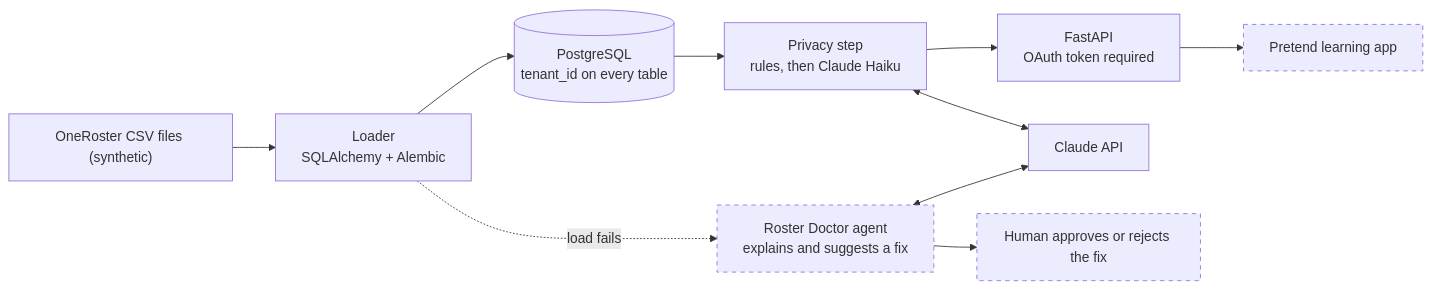
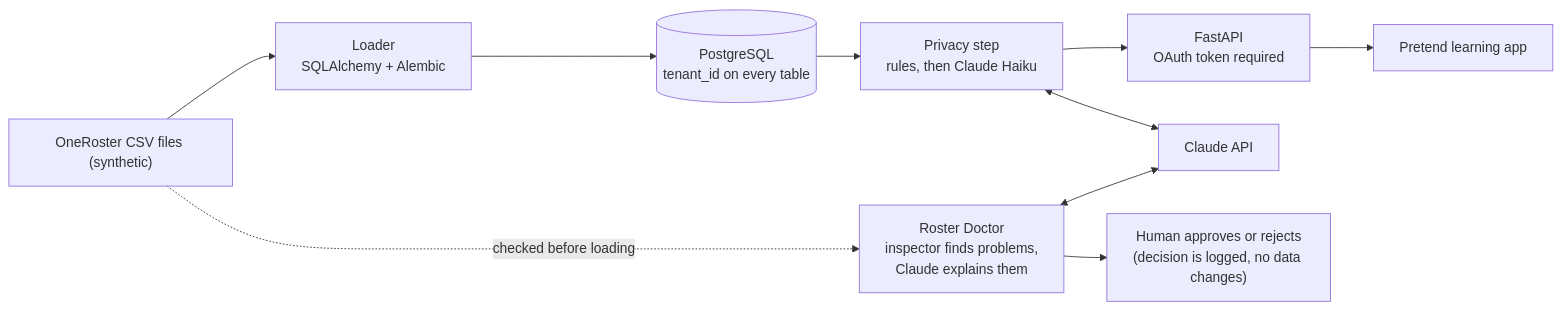
Before and after one commit to tobifotis/ai-roster-privacy-pipeline: the diagram in README.md, drawn with Mermaid. The commit also changed other lines of this file and 1 other file, not shown here.

Commit message:
Add pretend learning app and update README for the Roster Doctor

````diff
--- a/README.md
+++ b/README.md
@@ -17,15 +17,12 @@
 ```mermaid
 flowchart LR
     A["OneRoster CSV files (synthetic)"] --> B["Loader<br/>SQLAlchemy + Alembic"]
     B --> C[("PostgreSQL<br/>tenant_id on every table")]
     C --> D["Privacy step<br/>rules, then Claude Haiku"]
     D --> E["FastAPI<br/>OAuth token required"]
     E --> F["Pretend learning app"]
     D <--> X["Claude API"]
-    B -. "load fails" .-> G["Roster Doctor agent<br/>explains and suggests a fix"]
+    A -. "checked before loading" .-> G["Roster Doctor<br/>inspector finds problems,<br/>Claude explains them"]
     G <--> X
-    G --> H["Human approves or rejects the fix"]
-
-    classDef planned stroke-dasharray: 5 5
-    class F,G,H planned
+    G --> H["Human approves or rejects<br/>(decision is logged, no data changes)"]
 ```
````
